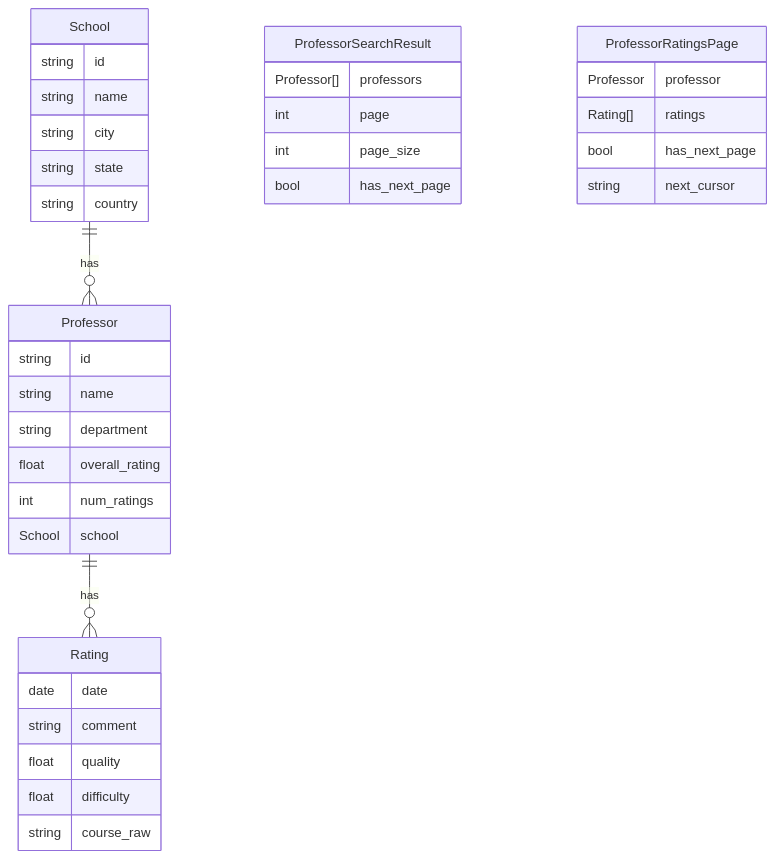
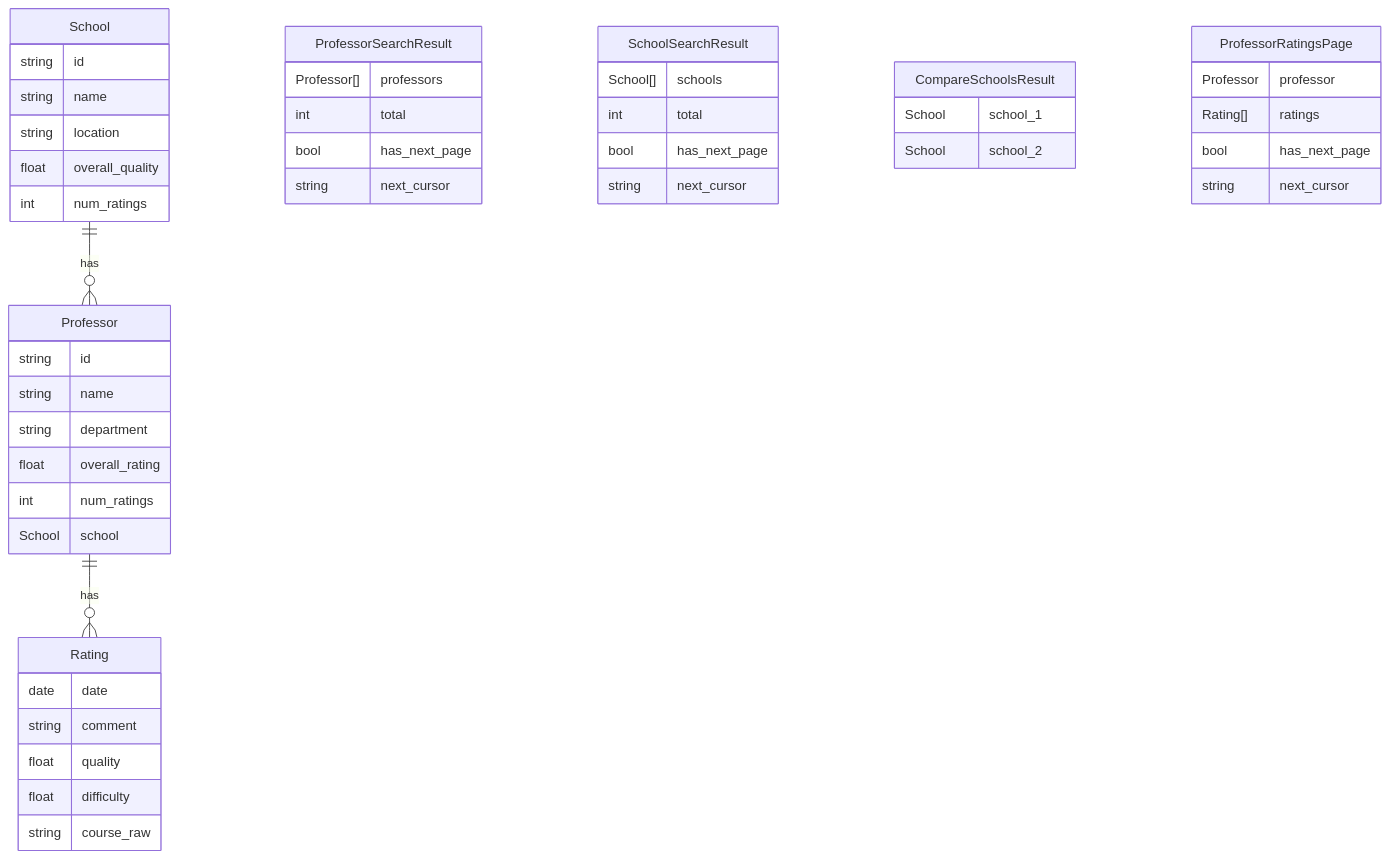
Before and after one commit to amaanjaved1/Rate-My-Professors-API-Client-Python: the third of 5 diagrams in README.md, drawn with Mermaid. The commit also changed other lines of this file and 8 other files, not shown here.

````diff
--- a/README.md
+++ b/README.md
@@ -112,44 +172,56 @@
 ```mermaid
 erDiagram
     School ||--o{ Professor : "has"
     Professor ||--o{ Rating : "has"
 
     School {
         string id
         string name
-        string city
-        string state
-        string country
+        string location
+        float overall_quality
+        int num_ratings
     }
 
     Professor {
         string id
         string name
         string department
         float overall_rating
         int num_ratings
         School school
     }
 
     Rating {
         date date
         string comment
         float quality
         float difficulty
         string course_raw
     }
 
     ProfessorSearchResult {
         Professor[] professors
-        int page
-        int page_size
+        int total
         bool has_next_page
+        string next_cursor
+    }
+
+    SchoolSearchResult {
+        School[] schools
+        int total
+        bool has_next_page
+        string next_cursor
+    }
+
+    CompareSchoolsResult {
+        School school_1
+        School school_2
     }
 
     ProfessorRatingsPage {
         Professor professor
         Rating[] ratings
         bool has_next_page
         string next_cursor
     }
 ```
````
